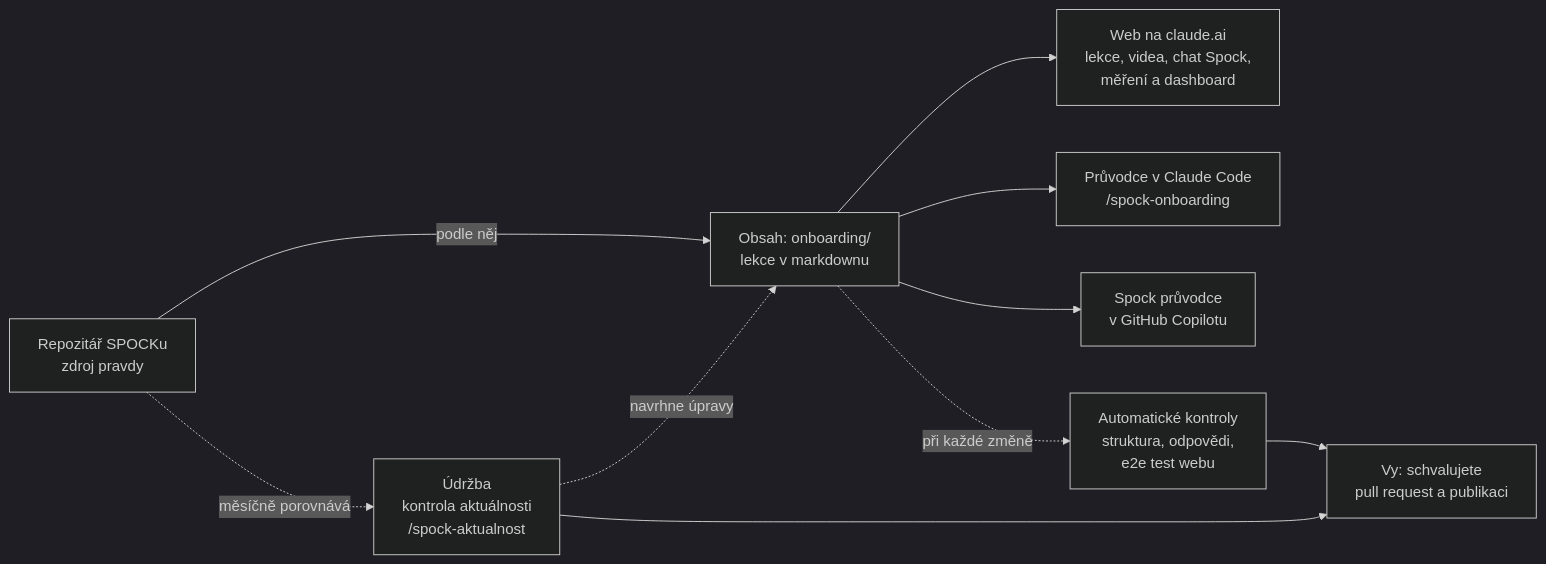
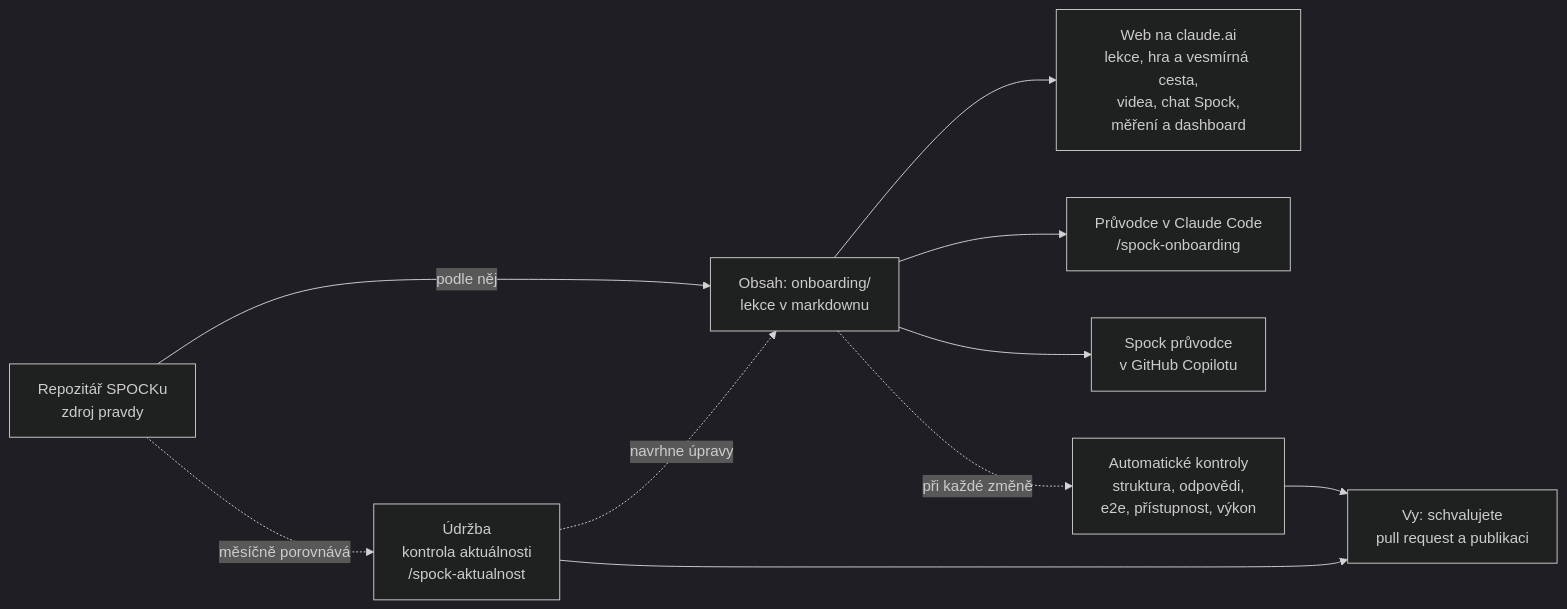
The diagram in ARCHITEKTURA.md (TominoHav/SpockTutorial), drawn with Mermaid (dark theme) before and after one commit. The commit also changed other lines of this file and 8 other files, not shown here.

````diff
--- a/ARCHITEKTURA.md
+++ b/ARCHITEKTURA.md
@@ -9,12 +9,12 @@
 ```mermaid
 flowchart LR
   S["Repozitář SPOCKu<br/>zdroj pravdy"] -->|podle něj| O["Obsah: onboarding/<br/>lekce v markdownu"]
-  O --> A["Web na claude.ai<br/>lekce, videa, chat Spock,<br/>měření a dashboard"]
+  O --> A["Web na claude.ai<br/>lekce, hra a vesmírná cesta,<br/>videa, chat Spock,<br/>měření a dashboard"]
   O --> P["Průvodce v Claude Code<br/>/spock-onboarding"]
   O --> G["Spock průvodce<br/>v GitHub Copilotu"]
   S -.->|měsíčně porovnává| U["Údržba<br/>kontrola aktuálnosti<br/>/spock-aktualnost"]
   U -.->|navrhne úpravy| O
-  O -.->|při každé změně| K["Automatické kontroly<br/>struktura, odpovědi,<br/>e2e test webu"]
+  O -.->|při každé změně| K["Automatické kontroly<br/>struktura, odpovědi,<br/>e2e, přístupnost, výkon"]
   U --> V["Vy: schvalujete<br/>pull request a publikaci"]
   K --> V
 ```
````
